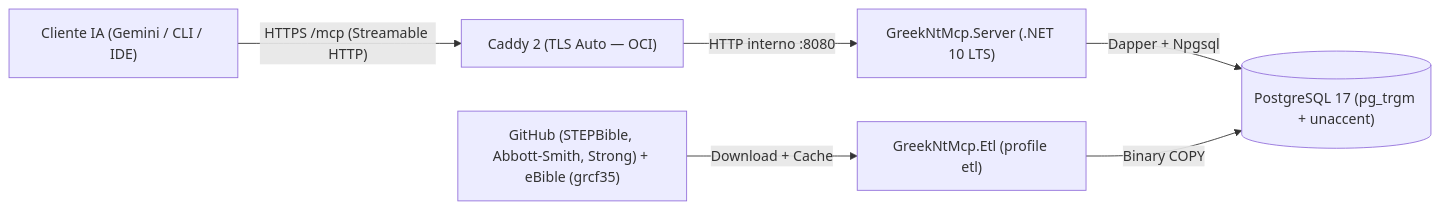
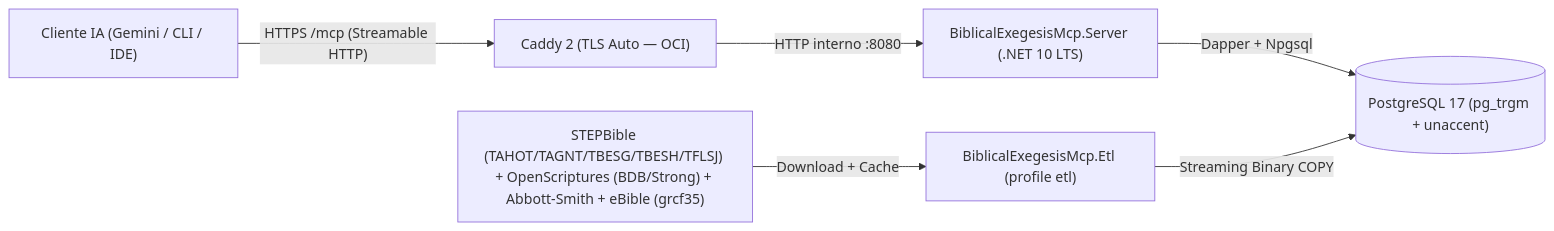
The diagram in README.md (gbad8/biblical-exegesis-mcp), drawn with Mermaid before and after one commit. The commit also changed other lines of this file and 71 other files, not shown here.

Commit message:
feat: add Old Testament Masoretic Text (TAHOT, BDB, Strong Hebrew) and rename to BiblicalExegesisMcp

````diff
--- a/README.md
+++ b/README.md
@@ -97,8 +73,8 @@
 ```mermaid
 flowchart LR
     Client["Cliente IA (Gemini / CLI / IDE)"] -->|"HTTPS /mcp (Streamable HTTP)"| Caddy["Caddy 2 (TLS Auto — OCI)"]
-    Caddy -->|"HTTP interno :8080"| Server["GreekNtMcp.Server (.NET 10 LTS)"]
+    Caddy -->|"HTTP interno :8080"| Server["BiblicalExegesisMcp.Server (.NET 10 LTS)"]
     Server -->|"Dapper + Npgsql"| DB[("PostgreSQL 17 (pg_trgm + unaccent)")]
-    ETL["GreekNtMcp.Etl (profile etl)"] -->|"Binary COPY"| DB
-    Sources["GitHub (STEPBible, Abbott-Smith, Strong) + eBible (grcf35)"] -->|"Download + Cache"| ETL
+    ETL["BiblicalExegesisMcp.Etl (profile etl)"] -->|"Streaming Binary COPY"| DB
+    Sources["STEPBible (TAHOT/TAGNT/TBESG/TBESH/TFLSJ) + OpenScriptures (BDB/Strong) + Abbott-Smith + eBible (grcf35)"] -->|"Download + Cache"| ETL
 ```
````
